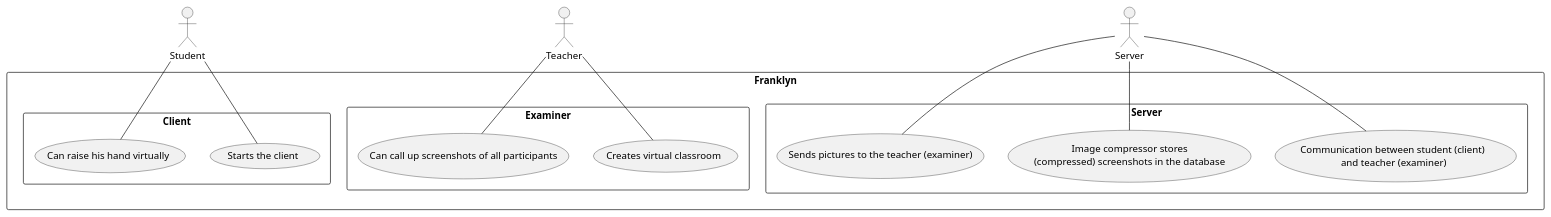
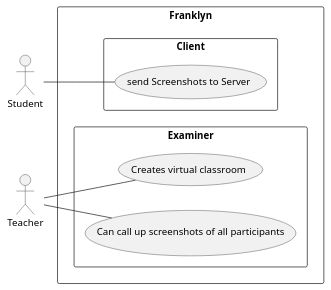
The diagram in docs/slides/plantuml/ucd.puml (htl-leonding-project/franklyn-quarkus), drawn with PlantUML before and after one commit. The commit also changed 4 other files, not shown here.

```diff
--- a/docs/slides/plantuml/ucd.puml
+++ b/docs/slides/plantuml/ucd.puml
@@ -1,30 +1,20 @@
 @startuml
+left to right direction
 
 :Student: as student
 :Teacher: as teacher
-:Server: as server
 
 rectangle "Franklyn" {
     rectangle Client {
-        usecase "Starts the client" as uc_startClient
-        usecase "Can raise his hand virtually" as uc_raiseHand
+        usecase "send Screenshots to Server" as uc_sendScreenshots
     }
     rectangle Examiner {
             usecase "Creates virtual classroom" as uc_createLobby
             usecase "Can call up screenshots of all participants" as uc_seeScreenshots
         }
-    rectangle Server {
-        usecase "Communication between student (client) \nand teacher (examiner)" as uc_serverInterface
-        usecase "Image compressor stores\n(compressed) screenshots in the database" as uc_imageCompressor
-        usecase "Sends pictures to the teacher (examiner)" as uc_sendScreenshots
-    }
 }
 
-student -- uc_startClient
-student -- uc_raiseHand
+student -- uc_sendScreenshots
 teacher -- uc_createLobby
 teacher -- uc_seeScreenshots
-server -- uc_serverInterface
-server -- uc_imageCompressor
-server -- uc_sendScreenshots
 @enduml
```
